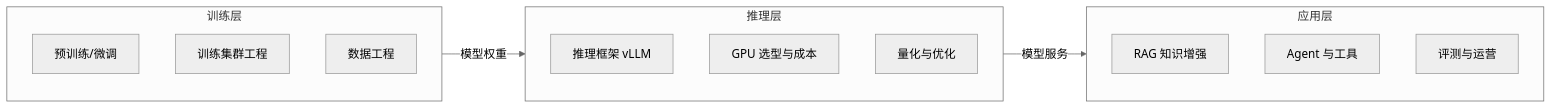
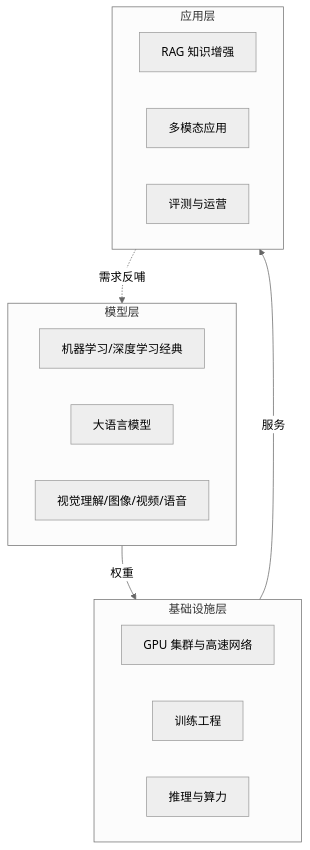
Before and after one commit to shuifans/cloud-ai-knowledge-base: the diagram in docs/ai/index.md, drawn with Mermaid (neutral theme). The commit also changed other lines of this file and 33 other files, not shown here.

````diff
--- a/docs/ai/index.md
+++ b/docs/ai/index.md
@@ -12,19 +12,20 @@
 ```mermaid
-flowchart LR
-  subgraph 训练层
-    T1[预训练/微调]
-    T2[训练集群工程]
-    T3[数据工程]
+flowchart TB
+  subgraph 模型层
+    M1[机器学习/深度学习经典]
+    M2[大语言模型]
+    M3[视觉理解/图像/视频/语音]
   end
-  subgraph 推理层
-    I1[推理框架 vLLM]
-    I2[GPU 选型与成本]
-    I3[量化与优化]
+  subgraph 基础设施层
+    I1[GPU 集群与高速网络]
+    I2[训练工程]
+    I3[推理与算力]
   end
   subgraph 应用层
     A1[RAG 知识增强]
-    A2[Agent 与工具]
+    A2[多模态应用]
     A3[评测与运营]
   end
-  训练层 -->|模型权重| 推理层 -->|模型服务| 应用层
+  模型层 -->|权重| 基础设施层 -->|服务| 应用层
+  应用层 -.需求反哺.-> 模型层
 ```
````
